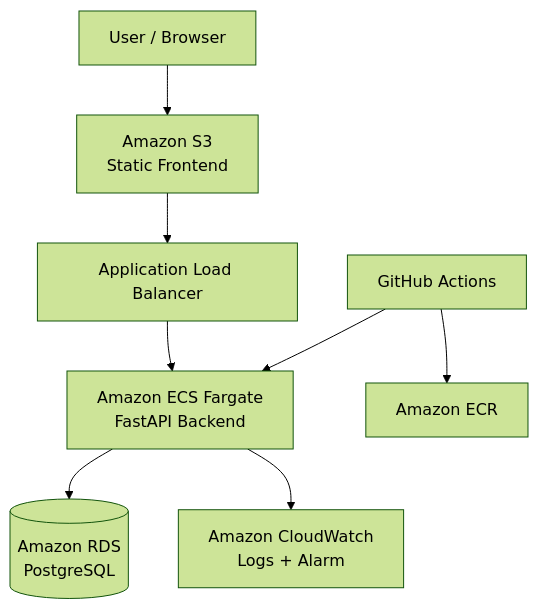
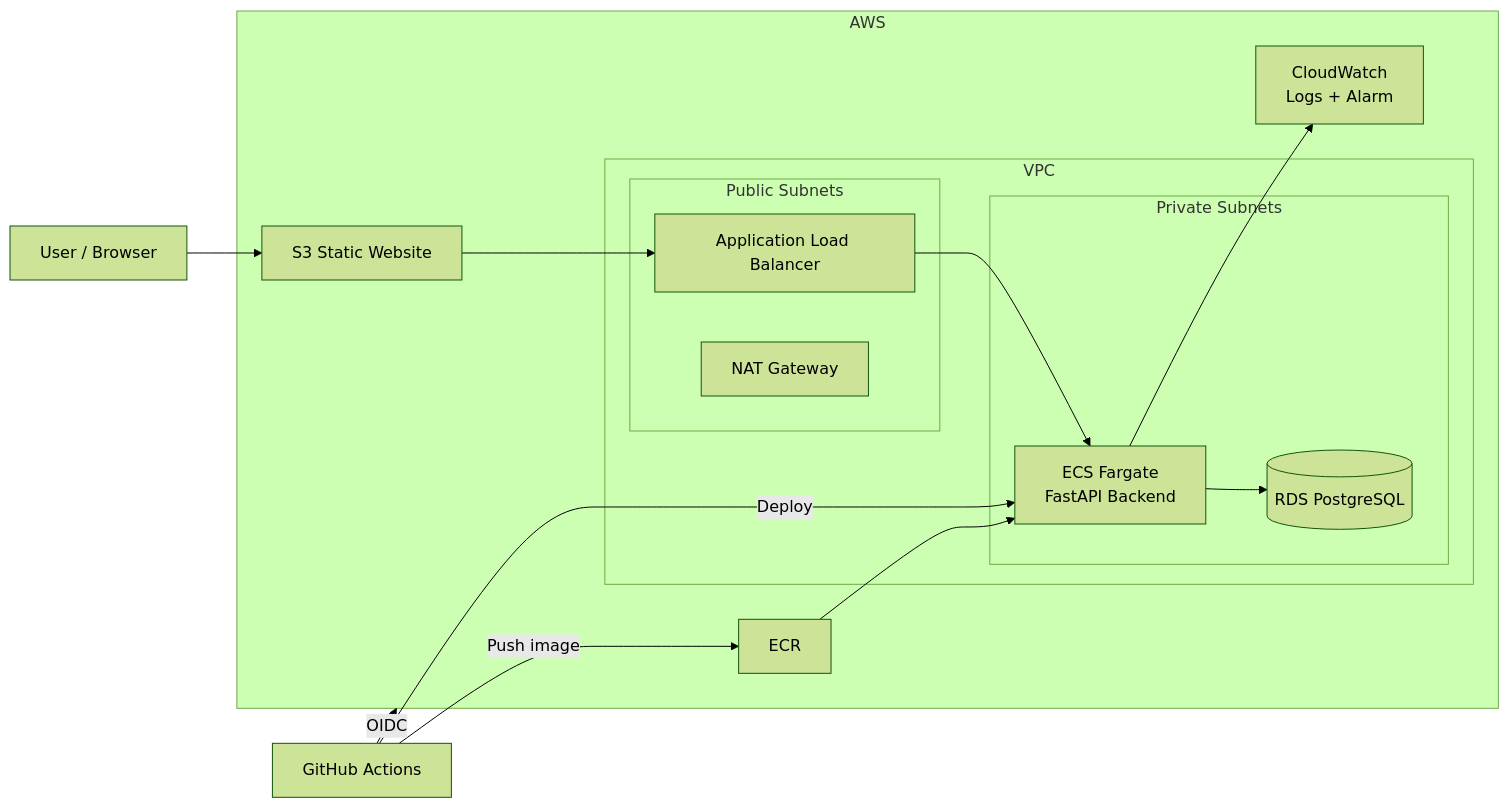
Before and after one commit to ahmedrabe33/cloud-devops-assessment: the diagram in README.md, drawn with Mermaid (forest theme). The commit also changed other lines of this file, not shown here.

````diff
--- a/README.md
+++ b/README.md
@@ -15,19 +31,38 @@
 ```mermaid
-flowchart TD
-    USER[User / Browser]
-    S3[Amazon S3\nStatic Frontend]
-    ALB[Application Load Balancer]
-    ECS[Amazon ECS Fargate\nFastAPI Backend]
-    RDS[(Amazon RDS\nPostgreSQL)]
-    ECR[Amazon ECR]
-    GHA[GitHub Actions]
-    CW[Amazon CloudWatch\nLogs + Alarm]
+flowchart LR
+    U[User / Browser]
 
-    USER --> S3
+    subgraph AWS[AWS]
+        S3[S3 Static Website]
+        ALB[Application Load Balancer]
+
+        subgraph VPC[VPC]
+            subgraph PUB[Public Subnets]
+                ALB
+                NAT[NAT Gateway]
+            end
+
+            subgraph PRIV[Private Subnets]
+                ECS[ECS Fargate<br/>FastAPI Backend]
+                RDS[(RDS PostgreSQL)]
+            end
+        end
+
+        ECR[ECR]
+        CW[CloudWatch<br/>Logs + Alarm]
+    end
+
+    GH[GitHub Actions]
+
+    U --> S3
     S3 --> ALB
     ALB --> ECS
     ECS --> RDS
-    GHA --> ECR
-    GHA --> ECS
+
+    GH -->|OIDC| AWS
+    GH -->|Push image| ECR
+    ECR --> ECS
+    GH -->|Deploy| ECS
+
     ECS --> CW
 ```
````
